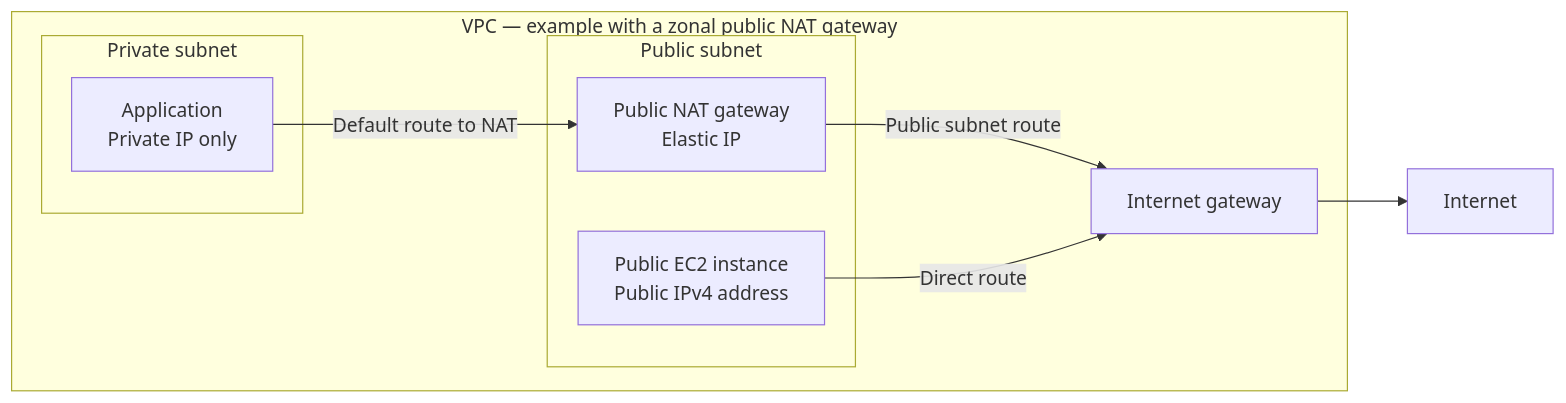
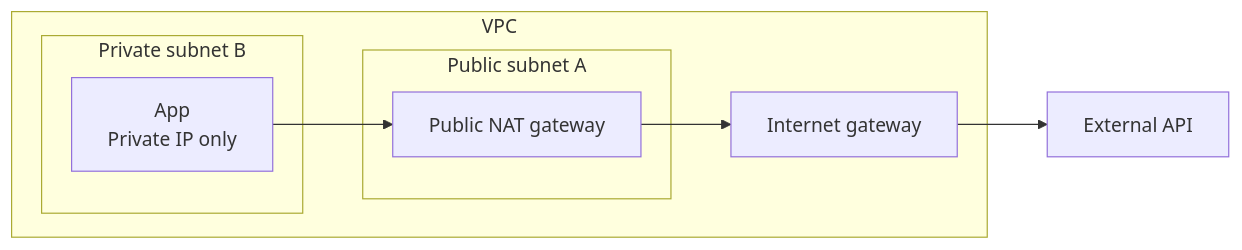
One commit to slinjhu/akashic changed the first of 2 diagrams in docs/aws/networking.md. Above: the diagram before and after it, drawn with Mermaid. The commit also changed other lines of this file, not shown here.

````diff
--- a/docs/aws/networking.md
+++ b/docs/aws/networking.md
@@ -100,18 +126,13 @@
 ```mermaid
 flowchart LR
-    subgraph vpc["VPC — example with a zonal public NAT gateway"]
-        subgraph private["Private subnet"]
-            app["Application<br/>Private IP only"]
+    subgraph vpc["VPC"]
+        subgraph private["Private subnet B"]
+            app["App<br/>Private IP only"]
         end
-        subgraph public["Public subnet"]
-            nat["Public NAT gateway<br/>Elastic IP"]
-            web["Public EC2 instance<br/>Public IPv4 address"]
+        subgraph public["Public subnet A"]
+            nat["Public NAT gateway"]
         end
         igw["Internet gateway"]
     end
-    internet["Internet"]
-    app -->|"Default route to NAT"| nat
-    nat -->|"Public subnet route"| igw
-    web -->|"Direct route"| igw
-    igw --> internet
+    app --> nat --> igw --> internet["External API"]
 ```
````
